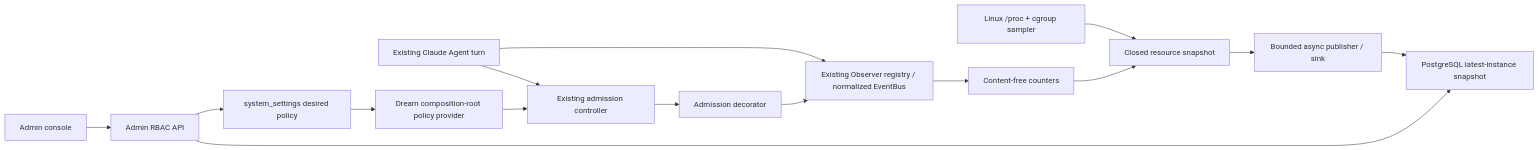
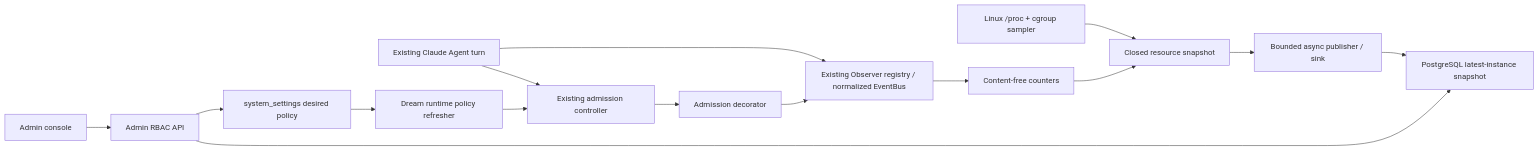
One commit to glide-the/dream-im-platform changed the first of 3 diagrams in docs/design/dream-agent-resource-observer-console.md. Above: the diagram before and after it, drawn with Mermaid. The commit also changed other lines of this file and 5 other files, not shown here.

````diff
--- a/docs/design/dream-agent-resource-observer-console.md
+++ b/docs/design/dream-agent-resource-observer-console.md
@@ -96,17 +96,17 @@
 ```mermaid
 flowchart LR
   T["Existing Claude Agent turn"] --> A["Existing admission controller"]
   A --> D["Admission decorator"]
   T --> O["Existing Observer registry / normalized EventBus"]
   D --> O
   O --> C["Content-free counters"]
   S["Linux /proc + cgroup sampler"] --> X["Closed resource snapshot"]
   C --> X
   P["Bounded async publisher / sink"] --> PG["PostgreSQL latest-instance snapshot"]
   X --> P
   UI["Admin console"] --> API["Admin RBAC API"]
   API --> PG
   API --> SS["system_settings desired policy"]
-  SS --> R["Dream composition-root policy provider"]
+  SS --> R["Dream runtime policy refresher"]
   R --> A
 ```
````
